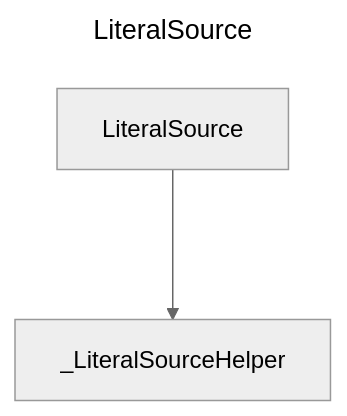
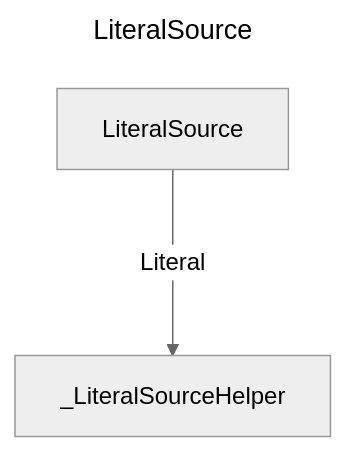
The diagram in docs/docs/layout/erd/LiteralSource.md (douglassimonsen/pbi_core), drawn with Mermaid (neutral theme) before and after one commit. The commit also changed 77 other files, not shown here.

Commit message:
Updated to color code the layout ERD

````diff
--- a/docs/docs/layout/erd/LiteralSource.md
+++ b/docs/docs/layout/erd/LiteralSource.md
@@ -1,9 +1,9 @@
 ```mermaid
 ---
 title: LiteralSource
 ---
 graph 
-2721642022816["LiteralSource"]
-2721642038432["_LiteralSourceHelper"]
-2721642022816 ---> 2721642038432
+2430071816784["LiteralSource"]
+2430071807024["_LiteralSourceHelper"]
+2430071816784 --->|Literal| 2430071807024
 ```
````
